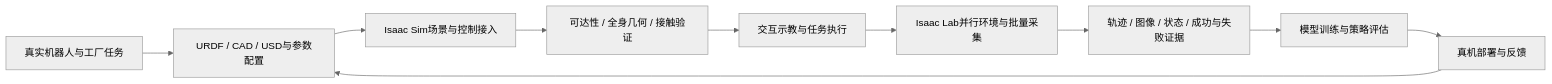
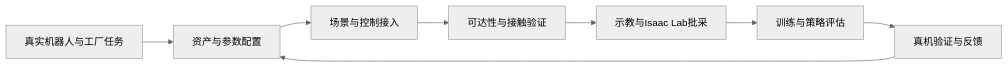
One commit to 9527here/RouteManager changed the diagram in README.md. Above: the diagram before and after it, drawn with Mermaid (neutral theme). The commit also changed other lines of this file and 11 other files, not shown here.

Commit message:
docs: centralize roadmap tutorials and external asset access

````diff
--- a/README.md
+++ b/README.md
@@ -11,12 +11,10 @@
 ```mermaid
 flowchart LR
-  A[真实机器人与工厂任务] --> B[URDF / CAD / USD与参数配置]
-  B --> C[Isaac Sim场景与控制接入]
-  C --> D[可达性 / 全身几何 / 接触验证]
-  D --> E[交互示教与任务执行]
-  E --> F[Isaac Lab并行环境与批量采集]
-  F --> G[轨迹 / 图像 / 状态 / 成功与失败证据]
-  G --> H[模型训练与策略评估]
-  H --> I[真机部署与反馈]
-  I --> B
+  A[真实机器人与工厂任务] --> B[资产与参数配置]
+  B --> C[场景与控制接入]
+  C --> D[可达性与接触验证]
+  D --> E[示教与Isaac Lab批采]
+  E --> F[训练与策略评估]
+  F --> G[真机验证与反馈]
+  G --> B
 ```
````
